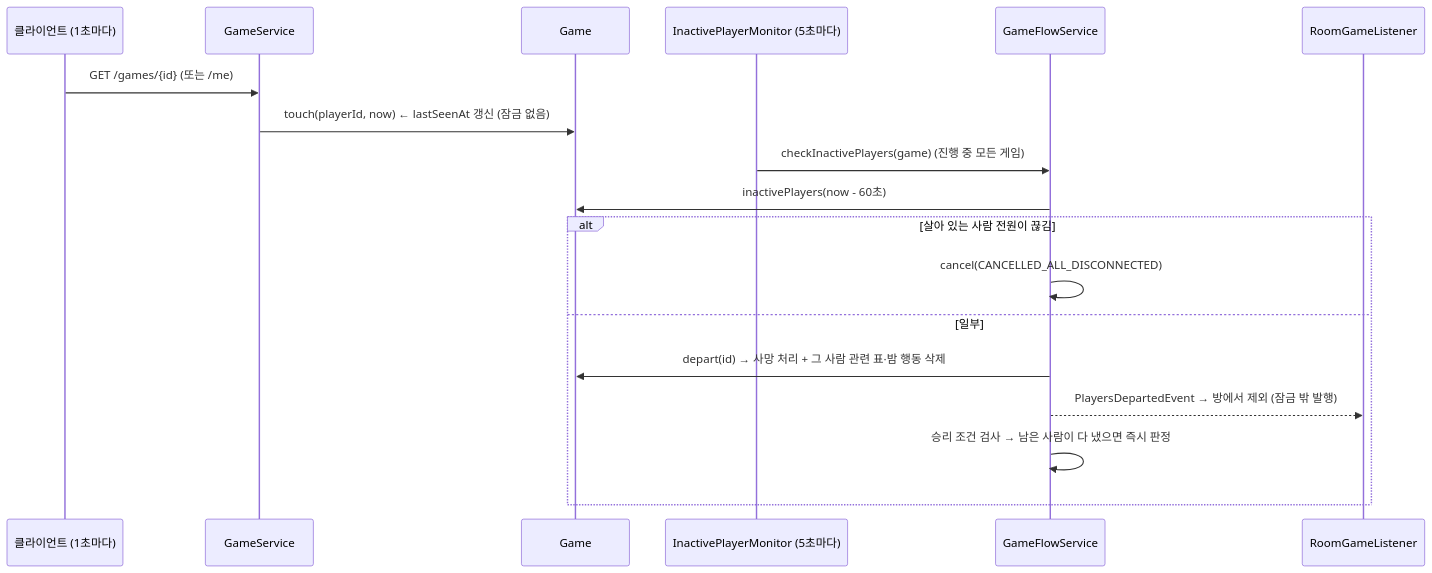
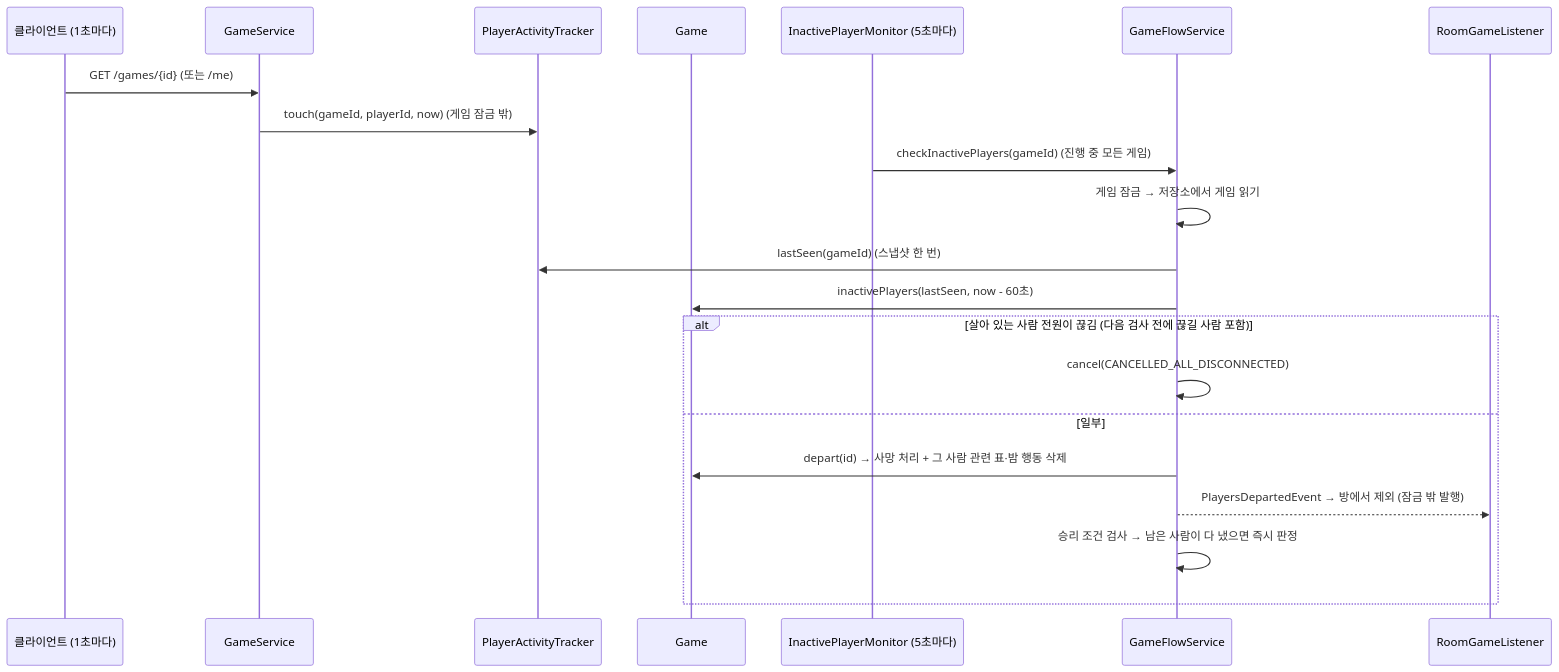
One commit to IamREALcitizen/project_server changed the first of 2 diagrams in Claude outputs/08_공통_타이머_동시성_예외.md. Above: the diagram before and after it, drawn with Mermaid. The commit also changed other lines of this file and 11 other files, not shown here.

````diff
--- a/Claude outputs/08_공통_타이머_동시성_예외.md
+++ b/Claude outputs/08_공통_타이머_동시성_예외.md
@@ -79,21 +89,24 @@
 ```mermaid
 sequenceDiagram
     participant C as 클라이언트 (1초마다)
     participant GS as GameService
+    participant AT as PlayerActivityTracker
     participant G as Game
     participant Mon as InactivePlayerMonitor (5초마다)
     participant GF as GameFlowService
     participant Lobby as RoomGameListener
 
     C->>GS: GET /games/{id} (또는 /me)
-    GS->>G: touch(playerId, now)  ← lastSeenAt 갱신 (잠금 없음)
-    Mon->>GF: checkInactivePlayers(game)  (진행 중 모든 게임)
-    GF->>G: inactivePlayers(now - 60초)
-    alt 살아 있는 사람 전원이 끊김
+    GS->>AT: touch(gameId, playerId, now)  (게임 잠금 밖)
+    Mon->>GF: checkInactivePlayers(gameId)  (진행 중 모든 게임)
+    GF->>GF: 게임 잠금 → 저장소에서 게임 읽기
+    GF->>AT: lastSeen(gameId)  (스냅샷 한 번)
+    GF->>G: inactivePlayers(lastSeen, now - 60초)
+    alt 살아 있는 사람 전원이 끊김 (다음 검사 전에 끊길 사람 포함)
         GF->>GF: cancel(CANCELLED_ALL_DISCONNECTED)
     else 일부
         GF->>G: depart(id) → 사망 처리 + 그 사람 관련 표·밤 행동 삭제
         GF-->>Lobby: PlayersDepartedEvent → 방에서 제외 (잠금 밖 발행)
         GF->>GF: 승리 조건 검사 → 남은 사람이 다 냈으면 즉시 판정
     end
 ```
````
